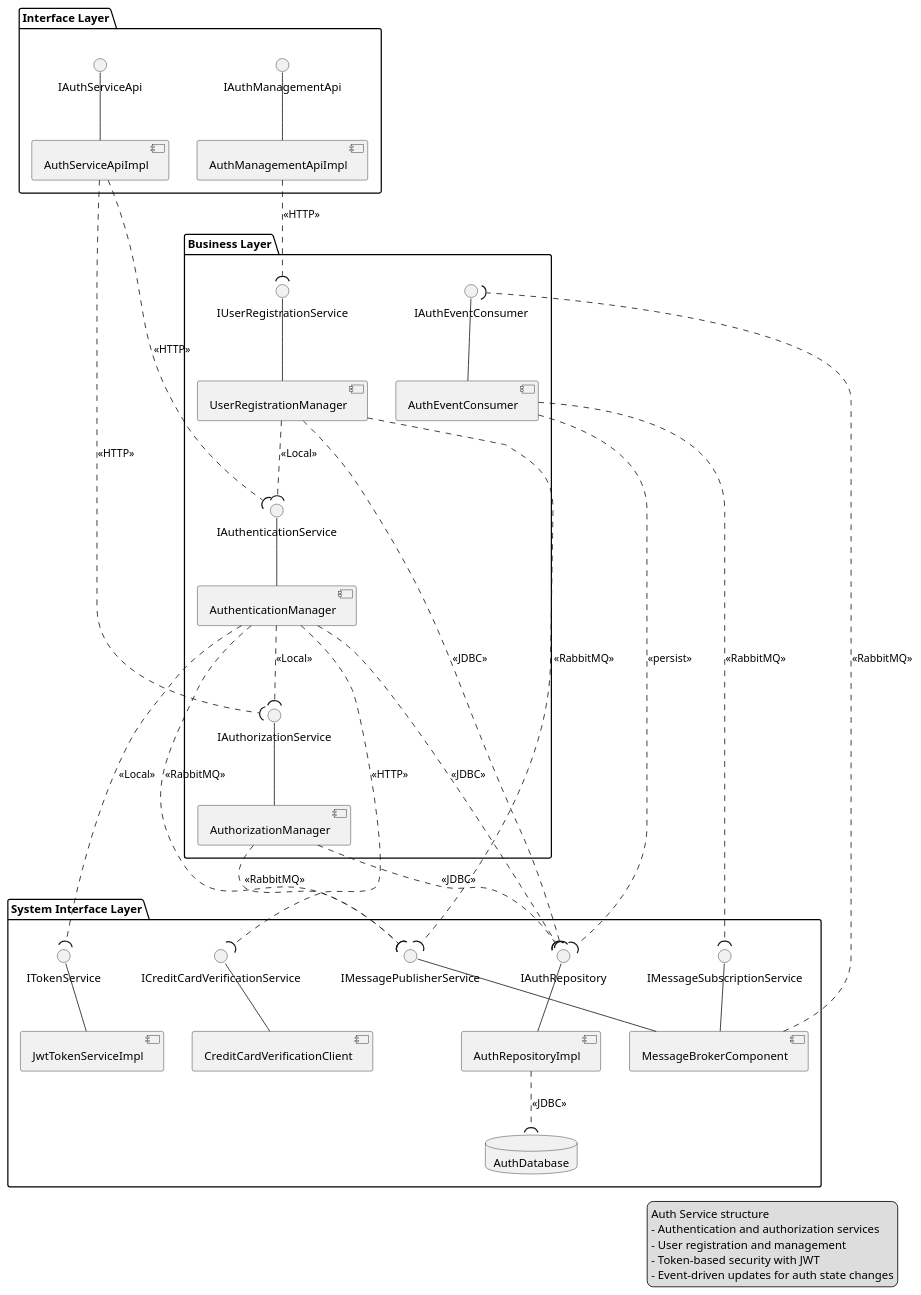
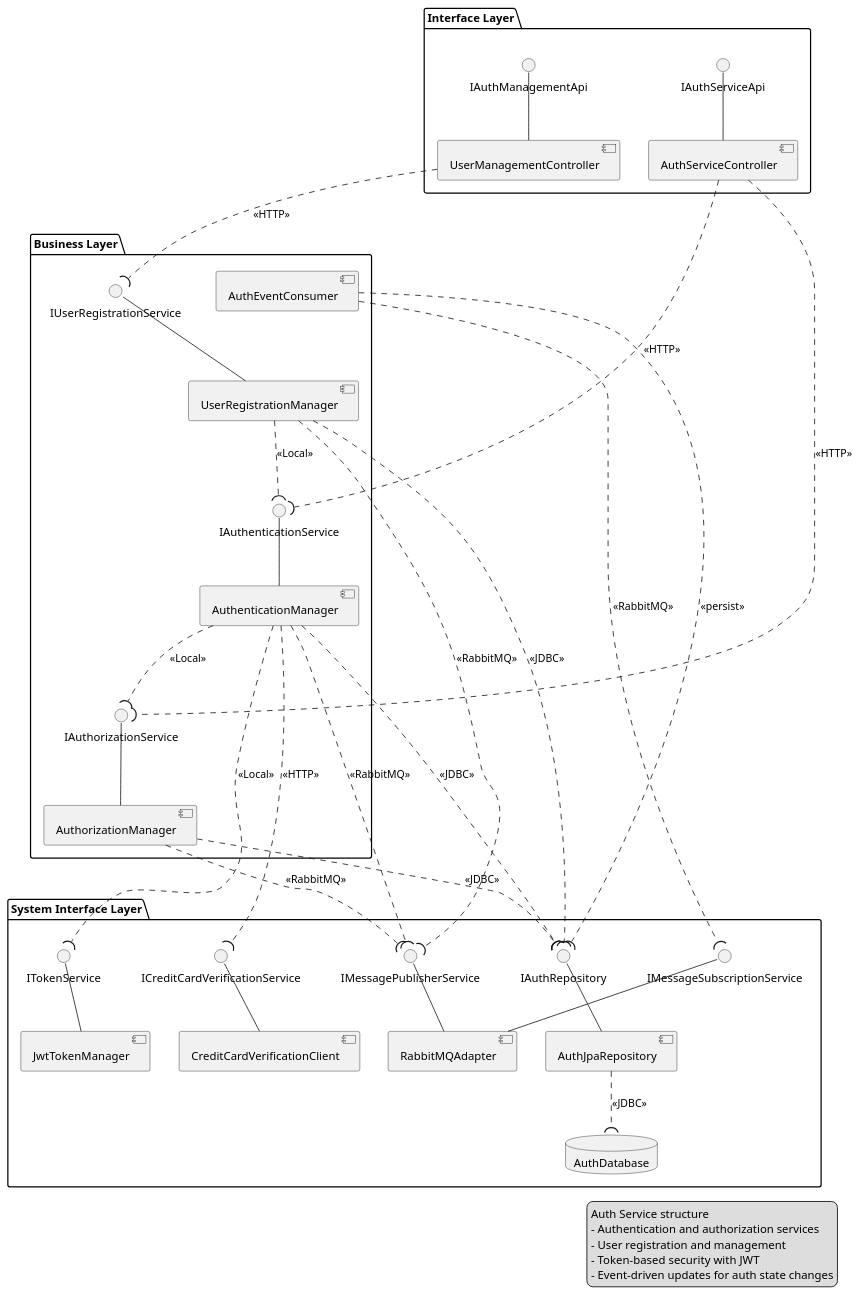
Before and after one commit to yoon2eyo/GITHUB: the diagram in ComponentDiagram/02_AuthenticationServiceComponent.puml, drawn with PlantUML. The commit also changed 249 other files, not shown here.

```diff
--- a/ComponentDiagram/02_AuthenticationServiceComponent.puml
+++ b/ComponentDiagram/02_AuthenticationServiceComponent.puml
@@ -1,91 +1,88 @@
 @startuml AuthenticationServiceComponent
 ' AuthService_component.puml (가이드 준수)
 
 package "Interface Layer" {
   interface IAuthServiceApi
   interface IAuthManagementApi
   
-  component AuthServiceApiImpl
-  component AuthManagementApiImpl
+  component AuthServiceController
+  component UserManagementController
   
   ' API implementations
-  IAuthServiceApi -- AuthServiceApiImpl
-  IAuthManagementApi -- AuthManagementApiImpl
+  IAuthServiceApi -- AuthServiceController
+  IAuthManagementApi -- UserManagementController
 }
 
 package "Business Layer" {
   interface IAuthenticationService
   interface IAuthorizationService
   interface IUserRegistrationService
-  interface IAuthEventConsumer
   
   component AuthenticationManager
   component AuthorizationManager
   component UserRegistrationManager
   component AuthEventConsumer
   
   ' Service implementations
   IAuthenticationService -- AuthenticationManager
   IAuthorizationService -- AuthorizationManager
   IUserRegistrationService -- UserRegistrationManager
-  IAuthEventConsumer -- AuthEventConsumer
   
   ' Business layer internal relationships
   AuthenticationManager ..( IAuthorizationService : <<Local>>
   UserRegistrationManager ..( IAuthenticationService : <<Local>>
 }
 
 package "System Interface Layer" {
   interface IAuthRepository
   interface IMessagePublisherService
   interface IMessageSubscriptionService
   interface ITokenService
   interface ICreditCardVerificationService
   
-  component AuthRepositoryImpl
-  component MessageBrokerComponent
-  component JwtTokenServiceImpl
+  component AuthJpaRepository
+  component RabbitMQAdapter
+  component JwtTokenManager
   component CreditCardVerificationClient
   database AuthDatabase
   
   ' System interface implementations
-  IAuthRepository -- AuthRepositoryImpl
-  IMessagePublisherService -- MessageBrokerComponent
-  IMessageSubscriptionService -- MessageBrokerComponent
-  ITokenService -- JwtTokenServiceImpl
+  IAuthRepository -- AuthJpaRepository
+  IMessagePublisherService -- RabbitMQAdapter
+  IMessageSubscriptionService -- RabbitMQAdapter
+  ITokenService -- JwtTokenManager
   ICreditCardVerificationService -- CreditCardVerificationClient
   
   ' System dependencies
-  AuthRepositoryImpl ..( AuthDatabase : <<JDBC>>
-  MessageBrokerComponent ..( IAuthEventConsumer : <<RabbitMQ>>
+  AuthJpaRepository ..( AuthDatabase : <<JDBC>>
 }
 
 ' 패키지 외부 연결
 ' Interface Layer -> Business Layer
-AuthServiceApiImpl ..( IAuthenticationService : <<HTTP>>
-AuthServiceApiImpl ..( IAuthorizationService : <<HTTP>>
-AuthManagementApiImpl ..( IUserRegistrationService : <<HTTP>>
+AuthServiceController ..( IAuthenticationService : <<HTTP>>
+AuthServiceController ..( IAuthorizationService : <<HTTP>>
+UserManagementController ..( IUserRegistrationService : <<HTTP>>
 
 ' Business Layer -> Message Broker 연결
 AuthenticationManager ..( IMessagePublisherService : <<RabbitMQ>>
 AuthorizationManager ..( IMessagePublisherService : <<RabbitMQ>>
 UserRegistrationManager ..( IMessagePublisherService : <<RabbitMQ>>
 AuthEventConsumer ..( IMessageSubscriptionService : <<RabbitMQ>>
 
 ' Business Layer -> System Interface Layer
 AuthenticationManager ..( IAuthRepository : <<JDBC>>
 AuthenticationManager ..( ITokenService : <<Local>>
 AuthenticationManager ..( ICreditCardVerificationService : <<HTTP>>
 AuthorizationManager ..( IAuthRepository : <<JDBC>>
 UserRegistrationManager ..( IAuthRepository : <<JDBC>>
 AuthEventConsumer ..( IAuthRepository : <<persist>>
 
 legend right
   Auth Service structure
   - Authentication and authorization services
   - User registration and management
   - Token-based security with JWT
   - Event-driven updates for auth state changes
 end legend
 
 @enduml
```
